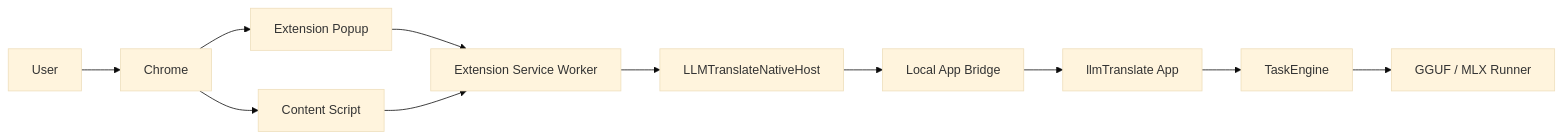
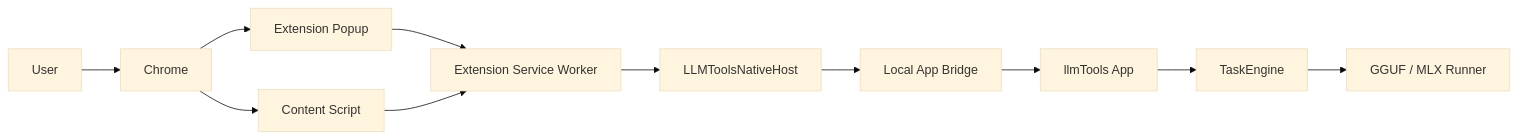
Before and after one commit to qiupo/llmTools: the diagram in docs/phase-2-web-page-translation-prd.md, drawn with Mermaid (base theme). The commit also changed other lines of this file and 43 other files, not shown here.

Commit message:
Rename project to llmTools

````diff
--- a/docs/phase-2-web-page-translation-prd.md
+++ b/docs/phase-2-web-page-translation-prd.md
@@ -282,24 +282,24 @@
 ```mermaid
 flowchart LR
   User["User"]
   Browser["Chrome"]
   Popup["Extension Popup"]
   Content["Content Script"]
   SW["Extension Service Worker"]
-  Host["LLMTranslateNativeHost"]
+  Host["LLMToolsNativeHost"]
   AppBridge["Local App Bridge"]
-  App["llmTranslate App"]
+  App["llmTools App"]
   Engine["TaskEngine"]
   Runner["GGUF / MLX Runner"]
 
   User --> Browser
   Browser --> Popup
   Browser --> Content
   Popup --> SW
   Content --> SW
   SW --> Host
   Host --> AppBridge
   AppBridge --> App
   App --> Engine
   Engine --> Runner
 ```
````
